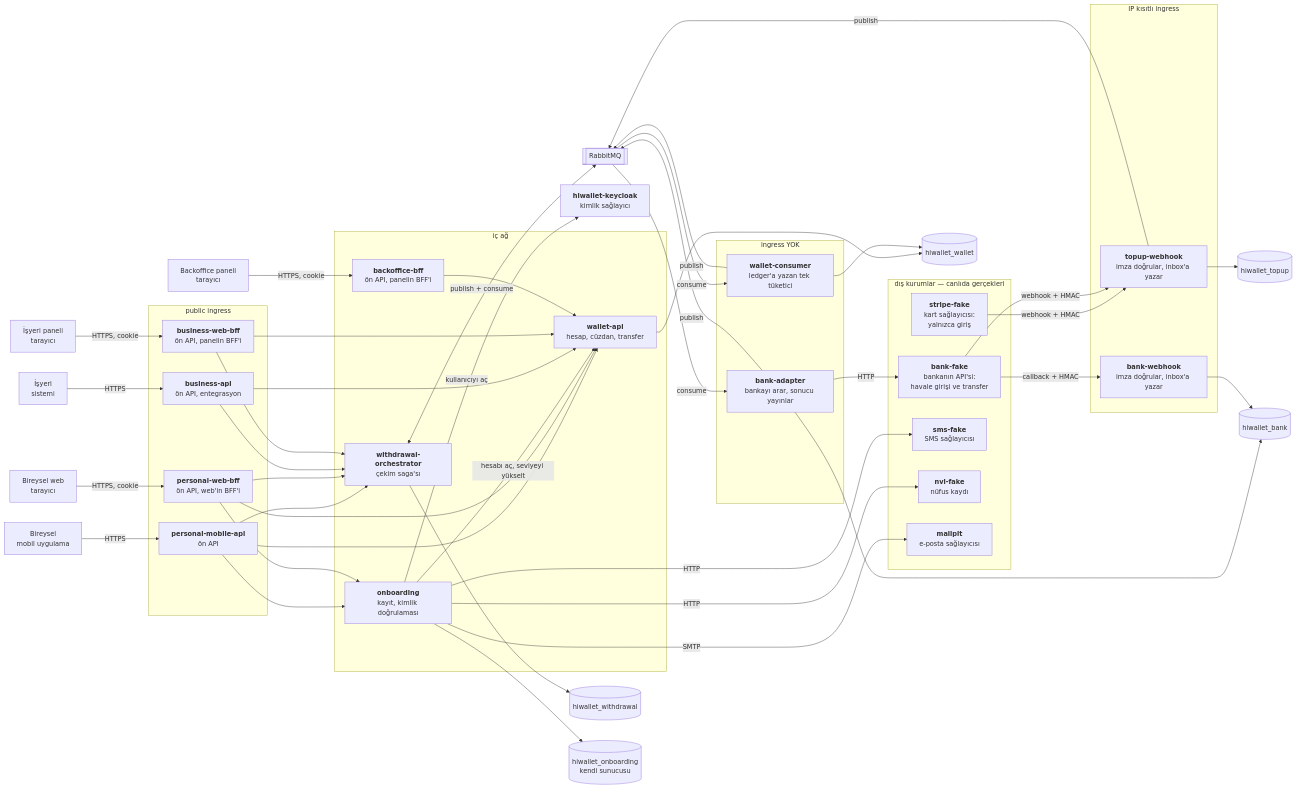
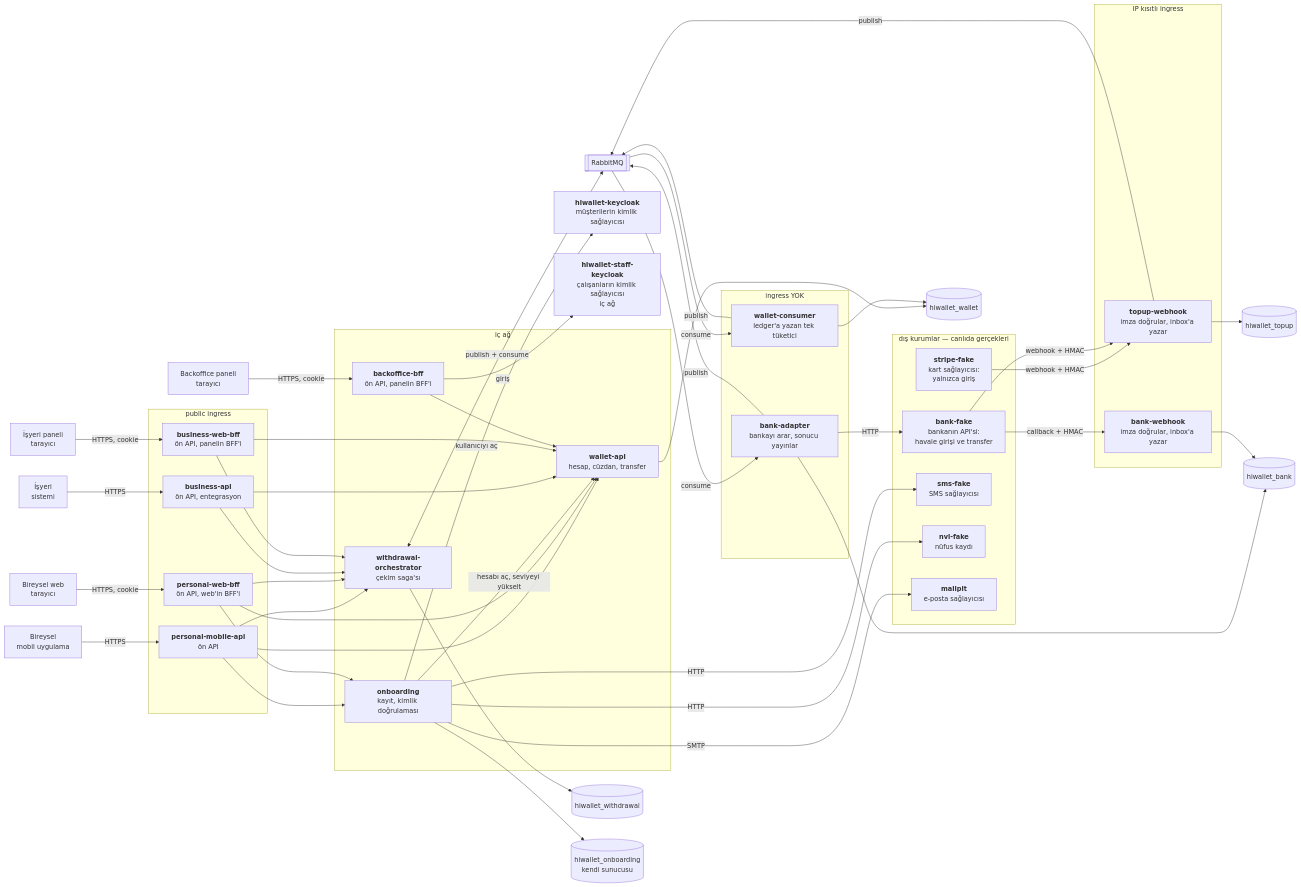
The first of 4 diagrams in docs/architecture.md (firate/HiWallet), drawn with Mermaid before and after one commit. The commit also changed other lines of this file and 2 other files, not shown here.

Commit message:
docs: çalışanların Keycloak'ı ve çalışan yüzeylerinin adres sınırı

```diff
--- a/docs/architecture.md
+++ b/docs/architecture.md
@@ -50,7 +50,8 @@
         mail["<b>mailpit</b><br/>e-posta sağlayıcısı"]
     end
 
-    idp["<b>hiwallet-keycloak</b><br/>kimlik sağlayıcı"]
+    idp["<b>hiwallet-keycloak</b><br/>müşterilerin kimlik sağlayıcısı"]
+    sidp["<b>hiwallet-staff-keycloak</b><br/>çalışanların kimlik sağlayıcısı<br/>iç ağ"]
 
     mq[["RabbitMQ"]]
 
@@ -65,6 +66,7 @@
     bclient -->|HTTPS| bapi
     bwclient -->|"HTTPS, cookie"| bwapi
     staff -->|"HTTPS, cookie"| boapi
+    boapi -->|"giriş"| sidp
     papi --> api
     papi --> orch
     pwapi --> api
```
